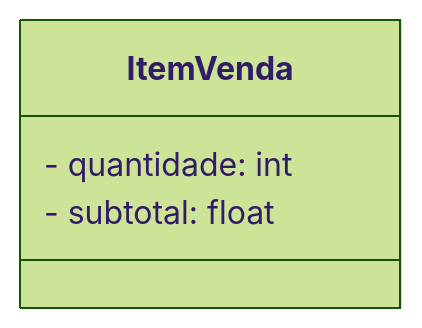
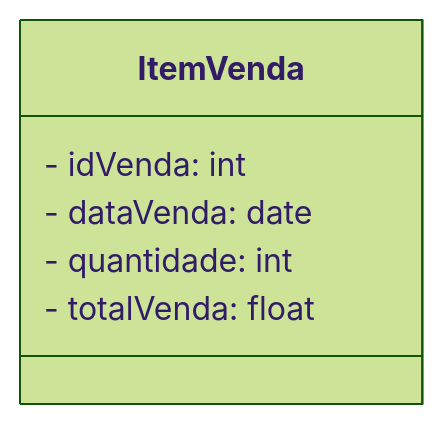
One commit to MTECHDevelopment/poojavaceub-grupo-3 changed the diagram in Venda.md. Above: the diagram before and after it, drawn with Mermaid (forest theme).

Commit message:
Atualizando Venda.md

````diff
--- a/Venda.md
+++ b/Venda.md
@@ -1,7 +1,9 @@
 ```mermaid
 classDiagram
    class ItemVenda {
+      - idVenda: int
+      - dataVenda: date
       - quantidade: int
-      - subtotal: float
+      - totalVenda: float
 }
 ```
````
